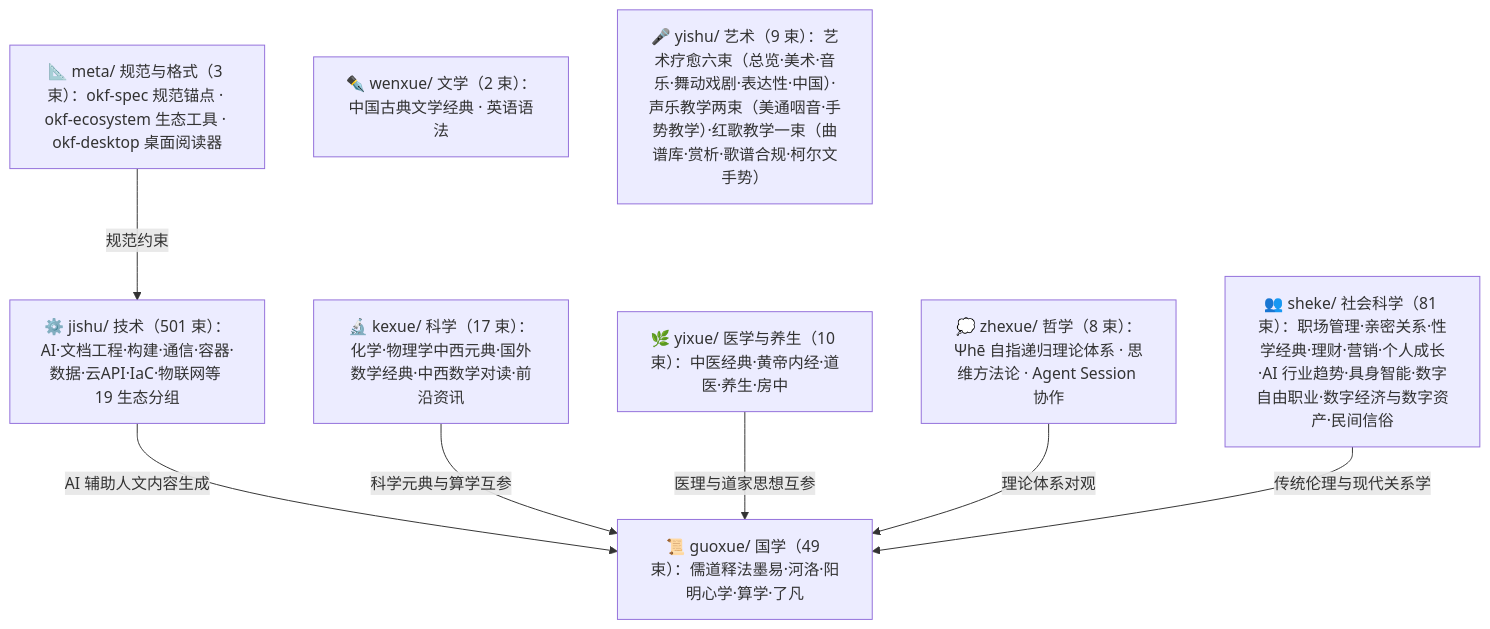
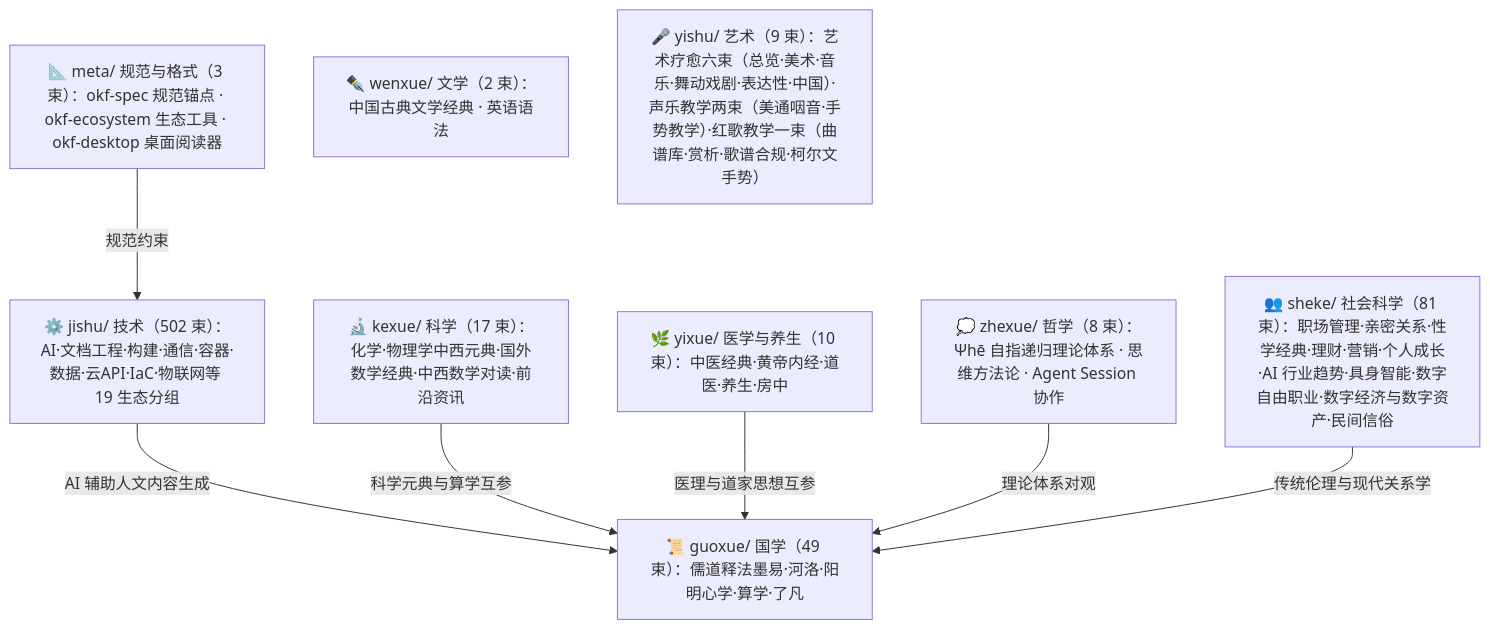
One commit to awesome-flexloop/awesome-okf changed the diagram in doc/bundles/index.md. Above: the diagram before and after it, drawn with Mermaid. The commit also changed other lines of this file and 19 other files, not shown here.

````diff
--- a/doc/bundles/index.md
+++ b/doc/bundles/index.md
@@ -21,18 +21,18 @@
 ```mermaid
 flowchart TD
     meta["📐 meta/ 规范与格式（3 束）：okf-spec 规范锚点 · okf-ecosystem 生态工具 · okf-desktop 桌面阅读器"]
     guoxue["📜 guoxue/ 国学（49 束）：儒道释法墨易·河洛·阳明心学·算学·了凡"]
     zhexue["💭 zhexue/ 哲学（8 束）：Ψhē 自指递归理论体系 · 思维方法论 · Agent Session 协作"]
     kexue["🔬 kexue/ 科学（17 束）：化学·物理学中西元典·国外数学经典·中西数学对读·前沿资讯"]
     wenxue["✒️ wenxue/ 文学（2 束）：中国古典文学经典 · 英语语法"]
     yixue["🌿 yixue/ 医学与养生（10 束）：中医经典·黄帝内经·道医·养生·房中"]
     sheke["👥 sheke/ 社会科学（81 束）：职场管理·亲密关系·性学经典·理财·营销·个人成长·AI 行业趋势·具身智能·数字自由职业·数字经济与数字资产·民间信俗"]
     yishu["🎤 yishu/ 艺术（9 束）：艺术疗愈六束（总览·美术·音乐·舞动戏剧·表达性·中国）·声乐教学两束（美通咽音·手势教学）·红歌教学一束（曲谱库·赏析·歌谱合规·柯尔文手势）"]
-    jishu["⚙️ jishu/ 技术（501 束）：AI·文档工程·构建·通信·容器·数据·云API·IaC·物联网等 19 生态分组"]
+    jishu["⚙️ jishu/ 技术（502 束）：AI·文档工程·构建·通信·容器·数据·云API·IaC·物联网等 19 生态分组"]
     meta -->|"规范约束"| jishu
     jishu -->|"AI 辅助人文内容生成"| guoxue
     kexue -->|"科学元典与算学互参"| guoxue
     yixue -->|"医理与道家思想互参"| guoxue
     zhexue -->|"理论体系对观"| guoxue
     sheke -->|"传统伦理与现代关系学"| guoxue
 ```
````
